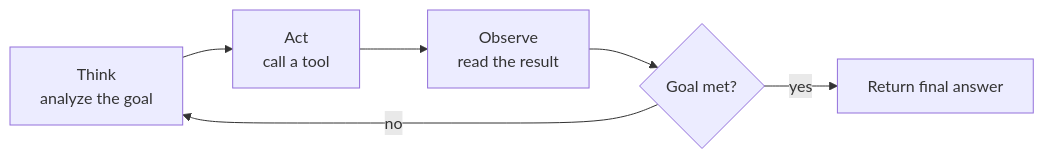
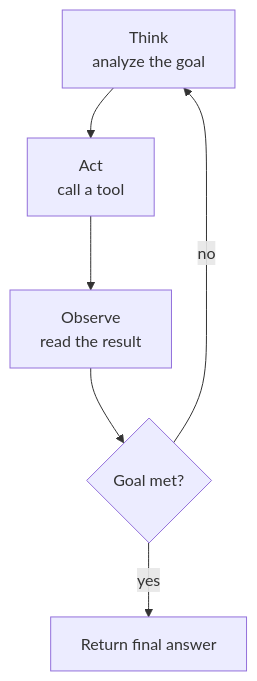
Before and after one commit to hrushik98/hrushik.com: the fifth of 7 diagrams in content/blog/ai-system-design-interviews-2026.md, drawn with Mermaid. The commit also changed other lines of this file, not shown here.

First line of the commit message:
content: switch two AI-interview diagrams to top-down layout

````diff
--- a/content/blog/ai-system-design-interviews-2026.md
+++ b/content/blog/ai-system-design-interviews-2026.md
@@ -295,8 +295,8 @@
 ```mermaid
-flowchart LR
+flowchart TD
     T["Think<br/>analyze the goal"] --> A["Act<br/>call a tool"]
     A --> O["Observe<br/>read the result"]
     O --> D{"Goal met?"}
     D -->|"no"| T
     D -->|"yes"| F["Return final answer"]
 ```
````
